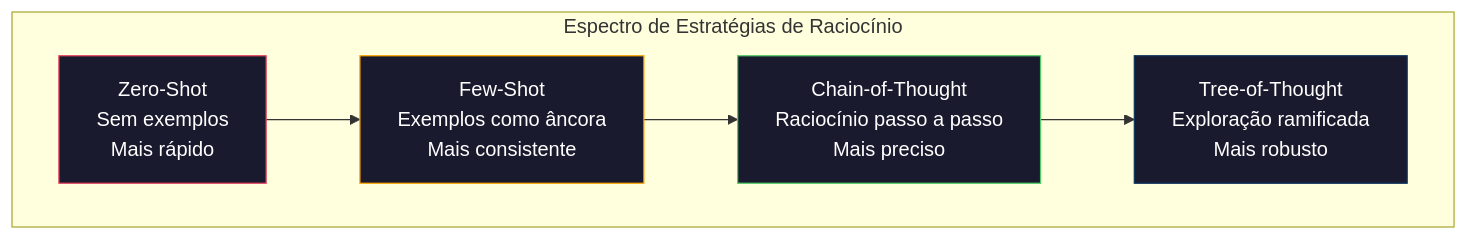
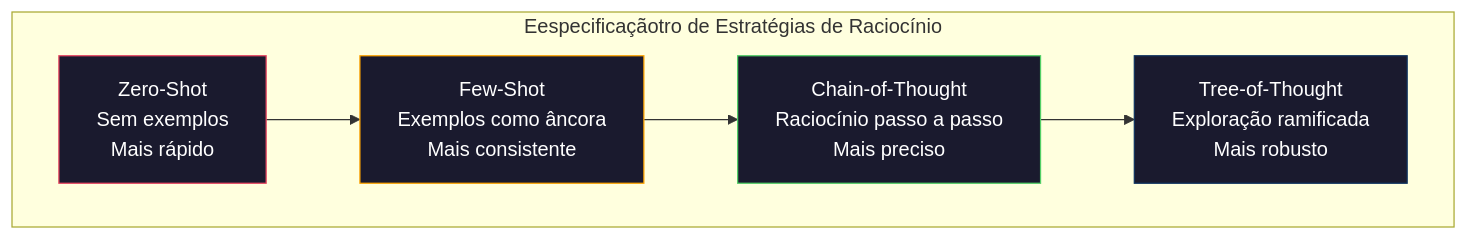
One commit to rohitg00/ai-engineering-from-scratch changed the diagram in phases/11-llm-engineering/02-few-shot-cot/docs/pt-br.md. Above: the diagram before and after it, drawn with Mermaid. The commit also changed other lines of this file and 881 other files, not shown here.

````diff
--- a/phases/11-llm-engineering/02-few-shot-cot/docs/pt-br.md
+++ b/phases/11-llm-engineering/02-few-shot-cot/docs/pt-br.md
@@ -27,14 +27,14 @@
 ```mermaid
 graph LR
-    subgraph Spectrum["Espectro de Estratégias de Raciocínio"]
+    subgraph Spectrum["Eespecificaçãotro de Estratégias de Raciocínio"]
         direction LR
         A["Zero-Shot<br/>Sem exemplos<br/>Mais rápido"] --> B["Few-Shot<br/>Exemplos como âncora<br/>Mais consistente"]
         B --> C["Chain-of-Thought<br/>Raciocínio passo a passo<br/>Mais preciso"]
         C --> D["Tree-of-Thought<br/>Exploração ramificada<br/>Mais robusto"]
     end
 
     style A fill:#1a1a2e,stroke:#e94560,color:#fff
     style B fill:#1a1a2e,stroke:#ffa500,color:#fff
     style C fill:#1a1a2e,stroke:#51cf66,color:#fff
     style D fill:#1a1a2e,stroke:#0f3460,color:#fff
 ```
````
